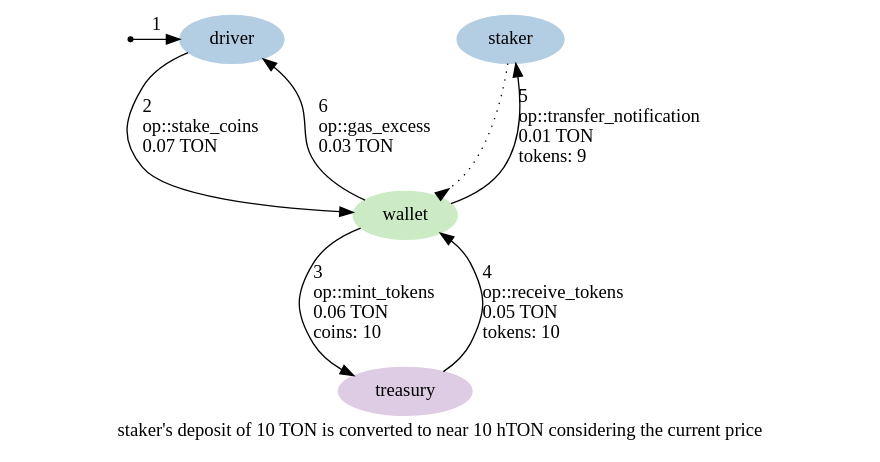
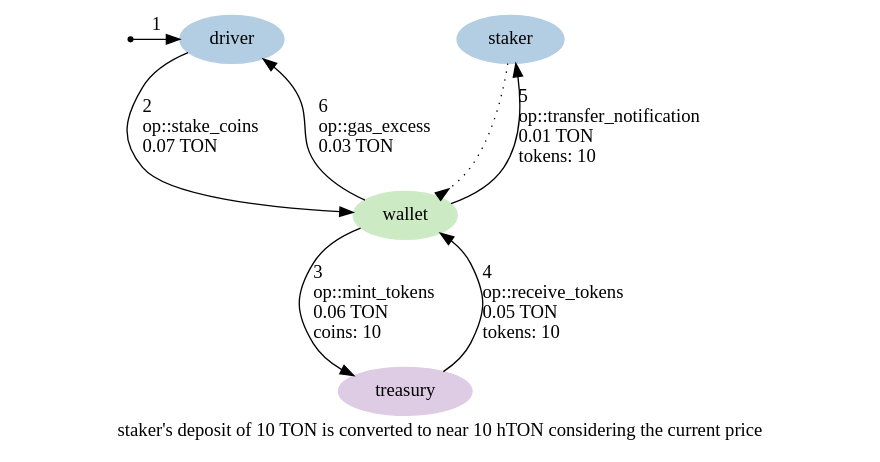
One commit to HipoFinance/contract changed the diagram in graphs/02.2-stake-coins.dot. Above: the diagram before and after it, drawn with Graphviz. The commit also changed 5 other files, not shown here.

```diff
--- a/graphs/02.2-stake-coins.dot
+++ b/graphs/02.2-stake-coins.dot
@@ -1,23 +1,23 @@
 digraph {
     label="staker's deposit of 10 TON is converted to near 10 hTON considering the current price"
     node [ colorscheme=pastel19 style=filled ]
 
     /* Entities */
     external [ shape=point ]
     staker, driver [ color=2 ]
     wallet [ color=3 ]
     treasury [ color=4 ]
 
     /* Relationships */
     staker -> wallet [ arrowhead=inv style=dotted ]
     external -> driver [ label="1" ]
     driver -> wallet [ label="2\l op::stake_coins\l 0.07 TON\l" ]
     wallet -> treasury [ label="3\l op::mint_tokens\l 0.06 TON\l coins: 10\l" ]
     treasury -> wallet [ label="4\l op::receive_tokens\l 0.05 TON\l tokens: 10\l" ]
-    wallet -> staker [ label="5\l op::transfer_notification\l 0.01 TON\l tokens: 9\l" ]
+    wallet -> staker [ label="5\l op::transfer_notification\l 0.01 TON\l tokens: 10\l" ]
     wallet -> driver [ label="6\l op::gas_excess\l 0.03 TON\l" ]
 
     /* Ranks */
     { rank=min external staker driver }
     { rank=max treasury }
 }
```
